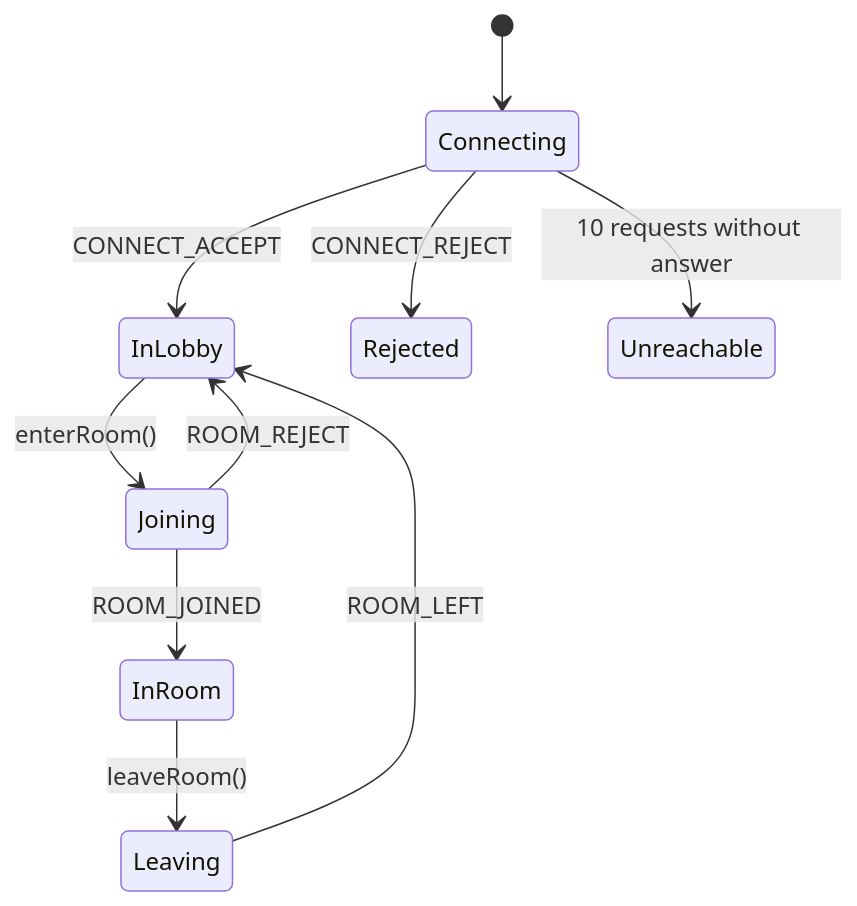
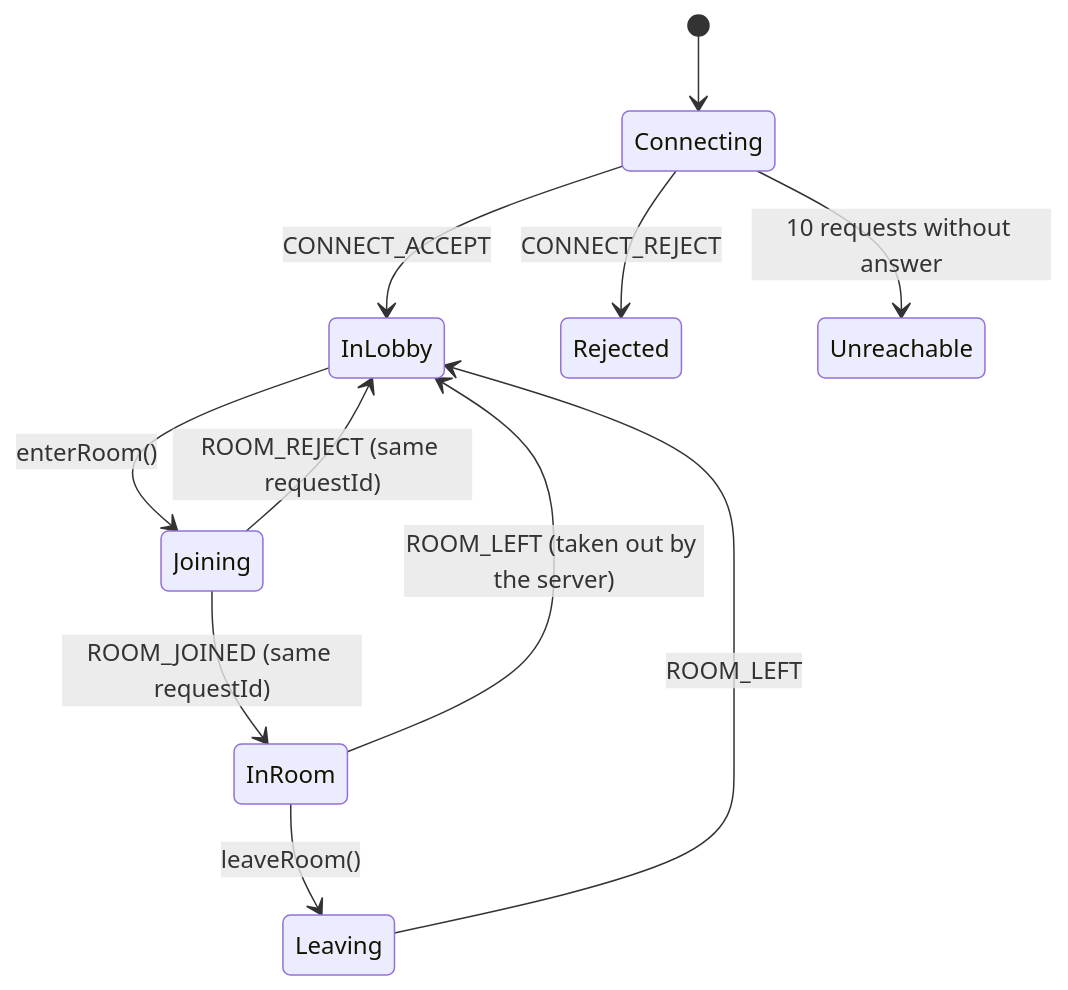
Before and after one commit to Boz0o0/R-Type: the third of 3 diagrams in docs/mkdocs/protocol/implementation.md, drawn with Mermaid. The commit also changed other lines of this file and 17 other files, not shown here.

````diff
--- a/docs/mkdocs/protocol/implementation.md
+++ b/docs/mkdocs/protocol/implementation.md
@@ -221,12 +232,13 @@
 ```mermaid
 stateDiagram-v2
     [*] --> Connecting
     Connecting --> InLobby: CONNECT_ACCEPT
     Connecting --> Rejected: CONNECT_REJECT
     Connecting --> Unreachable: 10 requests without answer
     InLobby --> Joining: enterRoom()
-    Joining --> InRoom: ROOM_JOINED
-    Joining --> InLobby: ROOM_REJECT
+    Joining --> InRoom: ROOM_JOINED (same requestId)
+    Joining --> InLobby: ROOM_REJECT (same requestId)
     InRoom --> Leaving: leaveRoom()
+    InRoom --> InLobby: ROOM_LEFT (taken out by the server)
     Leaving --> InLobby: ROOM_LEFT
 ```
````
